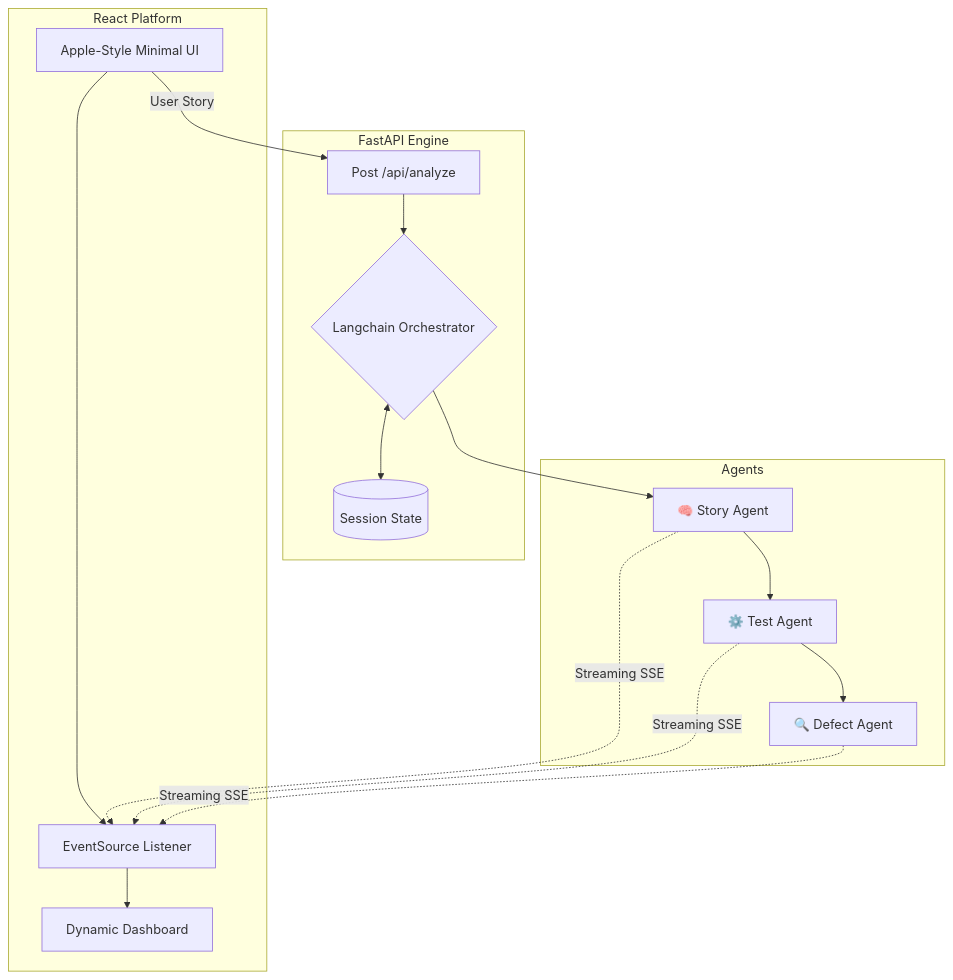
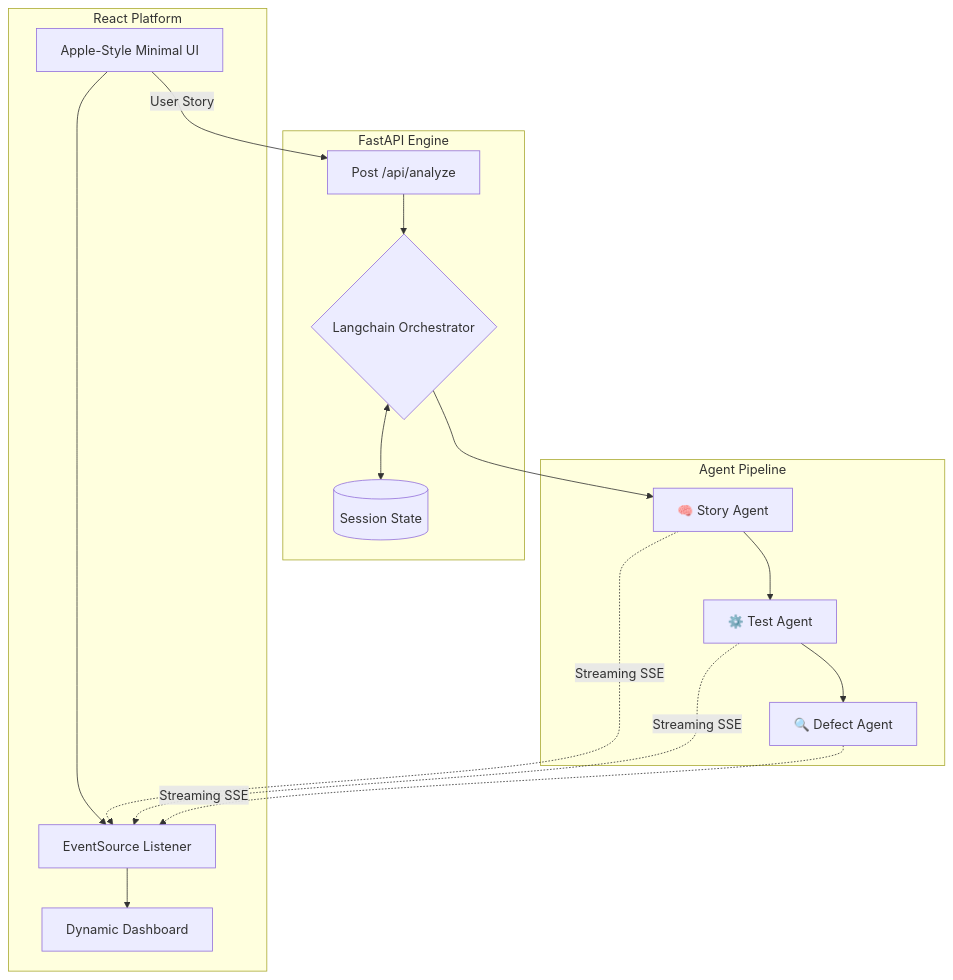
One commit to ishan1603/IronTest changed the diagram in docs/architecture.md. Above: the diagram before and after it, drawn with Mermaid. The commit also changed other lines of this file and 5 other files, not shown here.

````diff
--- a/docs/architecture.md
+++ b/docs/architecture.md
@@ -8,32 +8,32 @@
 ```mermaid
 graph TD
     subgraph Frontend [React Platform]
         UI[Apple-Style Minimal UI]
         Stream[EventSource Listener]
         Dash[Dynamic Dashboard]
         UI --> Stream
         Stream --> Dash
     end
 
     subgraph Backend [FastAPI Engine]
         API[Post /api/analyze]
         Orch{Langchain Orchestrator}
         Mem[(Session State)]
         
         API --> Orch
         Orch <--> Mem
     end
 
-    subgraph Artificial Intelligence [Agents]
+    subgraph Agents [Agent Pipeline]
         A1[🧠 Story Agent]
         A2[⚙️ Test Agent]
         A3[🔍 Defect Agent]
         
         Orch --> A1
         A1 --> A2
         A2 --> A3
     end
     
     UI -- "User Story" --> API
     A1 & A2 & A3 -. "Streaming SSE" .-> Stream
 ```
````
